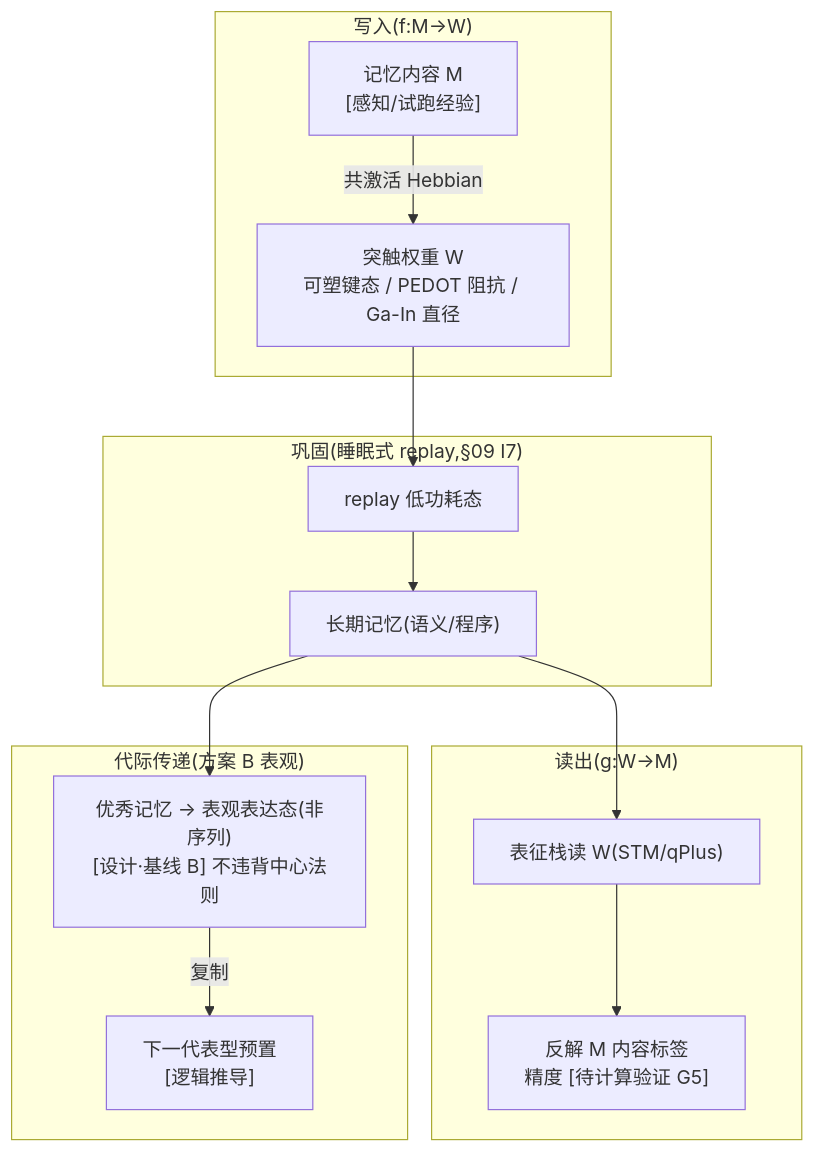
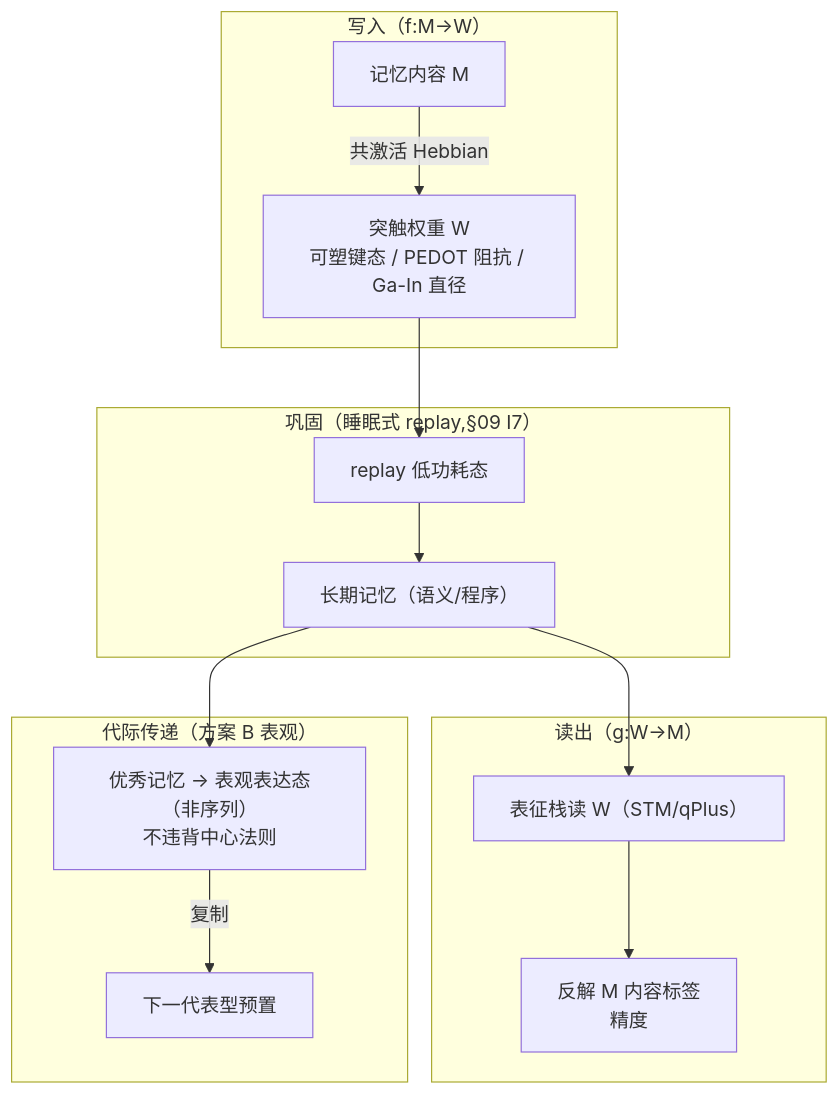
The first of 2 diagrams in zh-CN/07_记忆系统_设计.md (RichardASimon/Silicon-Biological-Blueprint), drawn with Mermaid before and after one commit. The commit also changed other lines of this file and 23 other files, not shown here.

First line of the commit message:
docs: repair all mermaid diagrams and add emergence mechanisms with literature

````diff
--- a/zh-CN/07_记忆系统_设计.md
+++ b/zh-CN/07_记忆系统_设计.md
@@ -153,29 +153,25 @@
 ```mermaid
 flowchart TB
-    subgraph WRITE["写入(f:M→W)"]
-        M["记忆内容 M<br/>[感知/试跑经验]"]
+    subgraph WRITE["写入（f:M→W）"]
+        M["记忆内容 M<br/>"]
         W["突触权重 W<br/>可塑键态 / PEDOT 阻抗 / Ga-In 直径<br/>"]
         M -->|共激活 Hebbian| W
     end
-
-    subgraph CONSOL["巩固(睡眠式 replay,§09 I7)"]
+    subgraph CONSOL["巩固（睡眠式 replay,§09 I7）"]
         R["replay 低功耗态<br/>"]
-        L["长期记忆(语义/程序)<br/>"]
+        L["长期记忆（语义/程序）<br/>"]
         R --> L
     end
-
-    subgraph READ["读出(g:W→M)"]
-        G["表征栈读 W(STM/qPlus)<br/>"]
-        MO["反解 M 内容标签<br/>精度 [待计算验证 G5]"]
+    subgraph READ["读出（g:W→M）"]
+        G["表征栈读 W（STM/qPlus）<br/>"]
+        MO["反解 M 内容标签<br/>精度"]
         G --> MO
     end
-
-    subgraph GENE["代际传递(方案 B 表观)"]
-        B["优秀记忆 → 表观表达态(非序列)<br/>[设计·基线 B] 不违背中心法则"]
-        B -->|复制| NEXT["下一代表型预置<br/>[逻辑推导]"]
+    subgraph GENE["代际传递（方案 B 表观）"]
+        B["优秀记忆 → 表观表达态（非序列）<br/>不违背中心法则"]
+        B -->|复制| NEXT["下一代表型预置<br/>"]
     end
-
     W --> R
     L --> G
     L --> B
 ```
````
